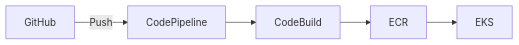
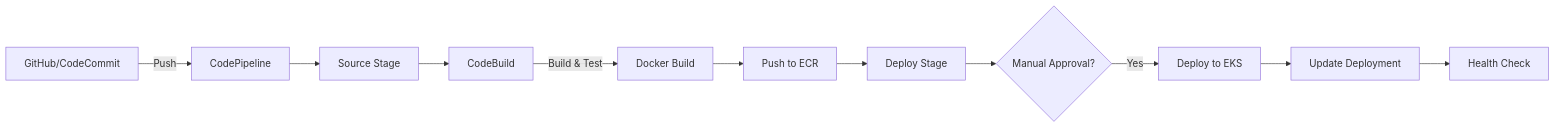
One commit to Indukumarm/indu-launchpad changed the diagram in src/content/learn/aws-cicd-toolchain/index.mdx. Above: the diagram before and after it, drawn with Mermaid. The commit also changed other lines of this file and 2 other files, not shown here.

Commit message:
Add learning hub topics and styling

````diff
--- a/src/content/learn/aws-cicd-toolchain/index.mdx
+++ b/src/content/learn/aws-cicd-toolchain/index.mdx
@@ -18,7 +34,13 @@
 ```mermaid
 flowchart LR
-    A[GitHub] -->|Push| B[CodePipeline]
-    B --> C[CodeBuild]
-    C --> D[ECR]
-    D --> E[EKS]
+    A[GitHub/CodeCommit] -->|Push| B[CodePipeline]
+    B --> C[Source Stage]
+    C --> D[CodeBuild]
+    D -->|Build & Test| E[Docker Build]
+    E --> F[Push to ECR]
+    F --> G[Deploy Stage]
+    G --> H{Manual Approval?}
+    H -->|Yes| I[Deploy to EKS]
+    I --> J[Update Deployment]
+    J --> K[Health Check]
 ```
````
